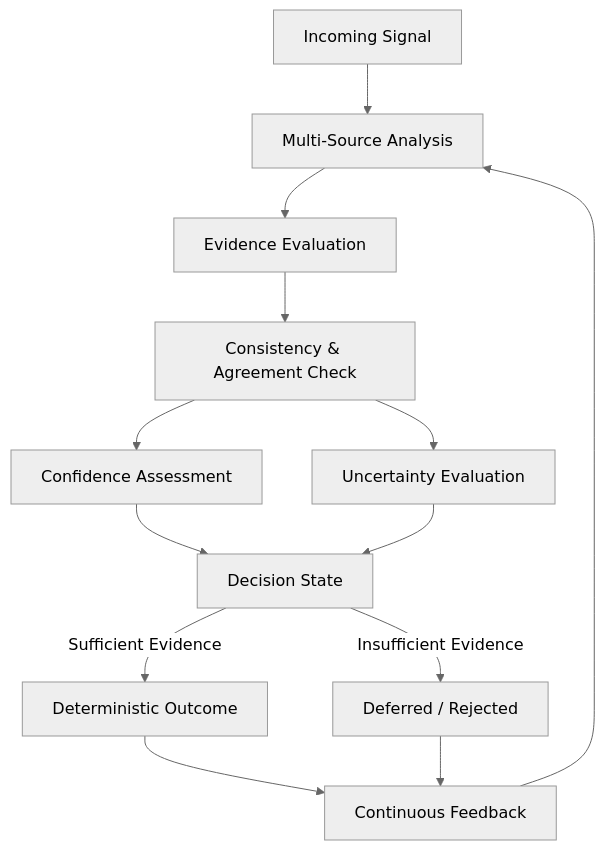
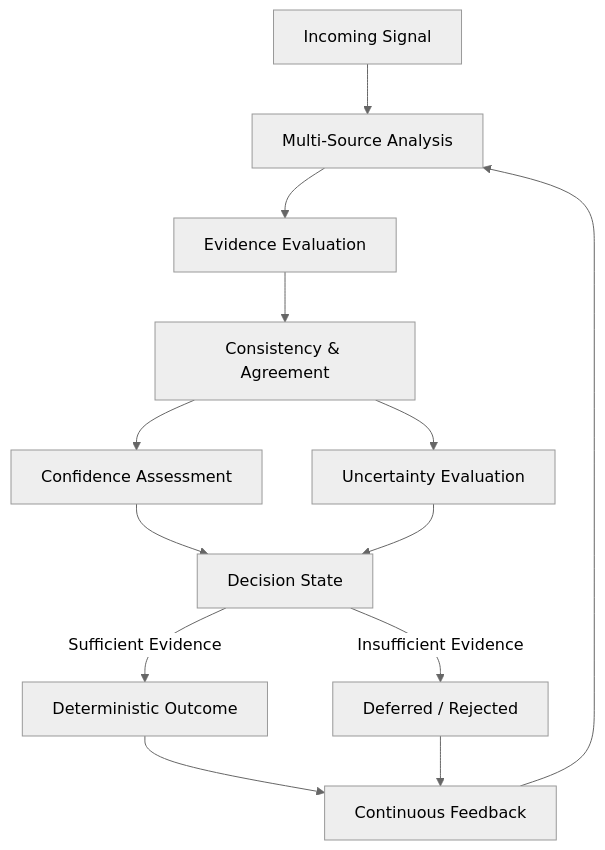
Before and after one commit to Zierax/Truthimatics_Public: the diagram in README.md, drawn with Mermaid (neutral theme). The commit also changed other lines of this file, not shown here.

`````diff
--- a/README.md
+++ b/README.md
@@ -13,21 +69,21 @@
 ```mermaid
 graph TD
     A[Incoming Signal] --> B[Multi-Source Analysis]
 
     B --> C[Evidence Evaluation]
-    C --> D[Consistency & Agreement Check]
+    C --> D[Consistency & Agreement]
 
     D --> E[Confidence Assessment]
     D --> F[Uncertainty Evaluation]
 
     E --> G[Decision State]
     F --> G
 
     G -->|Sufficient Evidence| H[Deterministic Outcome]
     G -->|Insufficient Evidence| I[Deferred / Rejected]
 
     H --> J[Continuous Feedback]
     I --> J
 
     J --> B
-```
+````
`````
